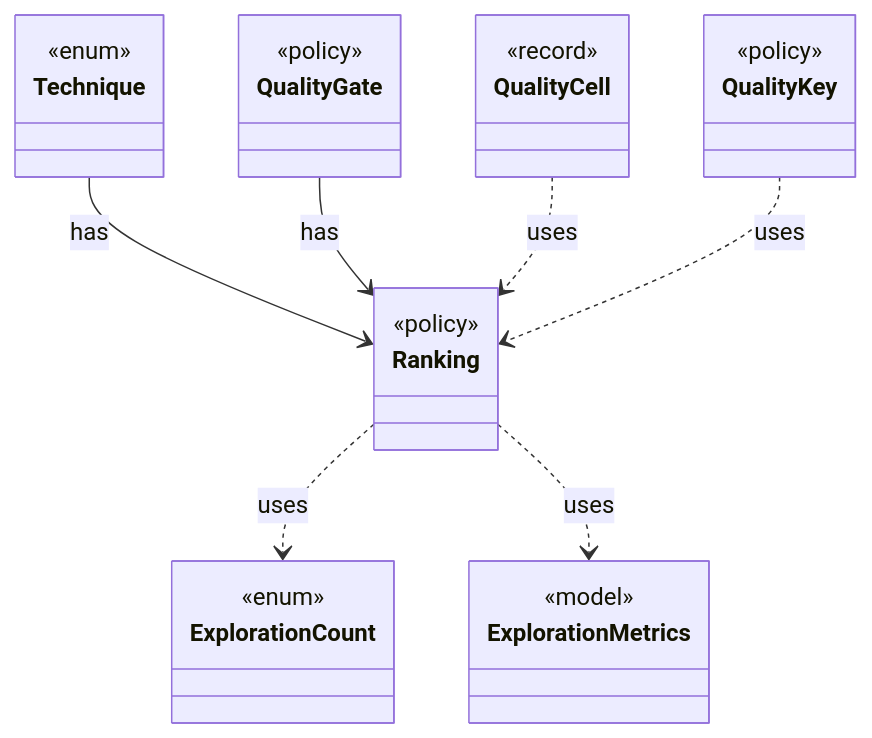
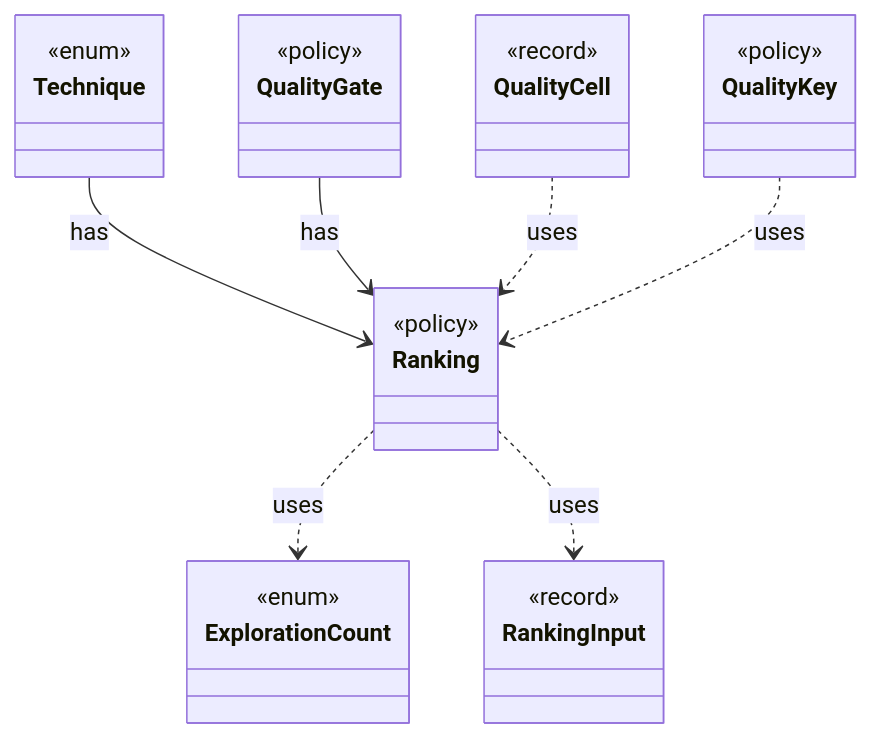
One commit to tlaplus/model-checker-hardening changed the diagram in dev/types/io.github.tlaplus.hardening.corpus.Ranking.md. Above: the diagram before and after it, drawn with Mermaid. The commit also changed other lines of this file and 410 other files, not shown here.

````diff
--- a/dev/types/io.github.tlaplus.hardening.corpus.Ranking.md
+++ b/dev/types/io.github.tlaplus.hardening.corpus.Ranking.md
@@ -9,30 +9,30 @@
 ```mermaid
 classDiagram
   class Ranking {
     <<policy>>
   }
   class Technique {
     <<enum>>
   }
   class QualityGate {
     <<policy>>
   }
   class ExplorationCount {
     <<enum>>
   }
-  class ExplorationMetrics {
-    <<model>>
+  class RankingInput {
+    <<record>>
   }
   class QualityCell {
     <<record>>
   }
   class QualityKey {
     <<policy>>
   }
   Technique --> Ranking : has
   QualityGate --> Ranking : has
   Ranking ..> ExplorationCount : uses
-  Ranking ..> ExplorationMetrics : uses
+  Ranking ..> RankingInput : uses
   QualityCell ..> Ranking : uses
   QualityKey ..> Ranking : uses
 ```
````
